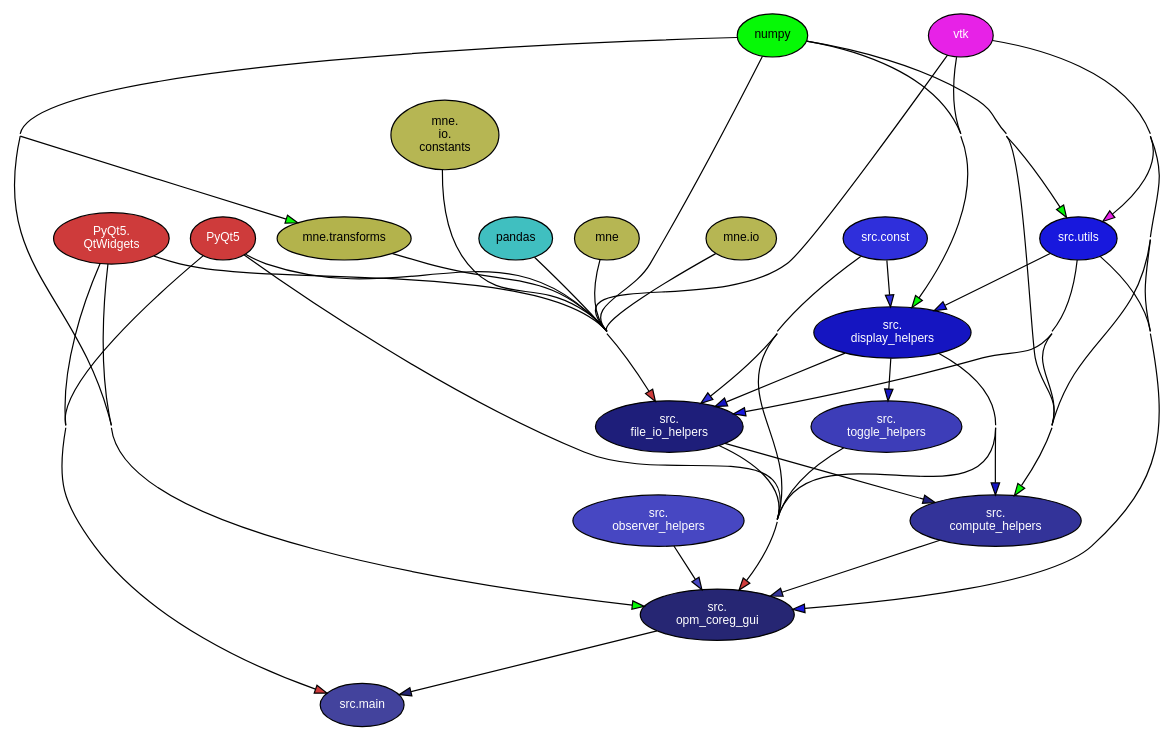
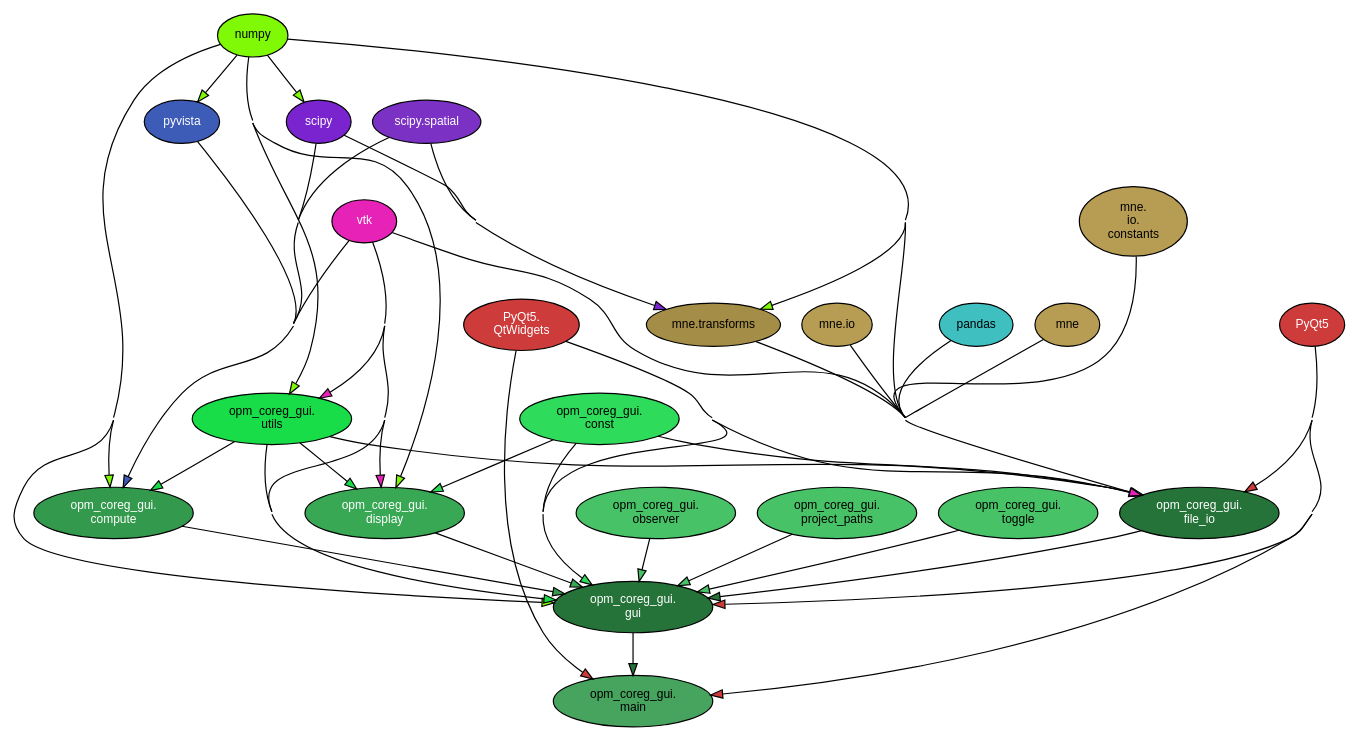
The diagram in docs/src_dependency_graph.dot (QN-lab/OPM-Coreg), drawn with Graphviz before and after one commit. The commit also changed 1 other file, not shown here.

Commit message:
generated latest dependency graph

```diff
--- a/docs/src_dependency_graph.dot
+++ b/docs/src_dependency_graph.dot
@@ -1,65 +1,73 @@
 
 digraph G {
     concentrate = true;
 
     rankdir = TB;
     node [style=filled,fillcolor="#ffffff",fontcolor="#000000",fontname=Helvetica,fontsize=10];
 
-    mne [fillcolor="#b6b653"];
-    mne_io [fillcolor="#b6b653",label="mne.io"];
-    mne_io_constants [fillcolor="#b6b653",label="mne\.\nio\.\nconstants"];
-    mne_transforms [fillcolor="#b3b34c",label="mne.transforms"];
-    numpy [fillcolor="#06f906"];
+    mne [fillcolor="#b69d53"];
+    mne_io [fillcolor="#b69d53",label="mne.io"];
+    mne_io_constants [fillcolor="#b69d53",label="mne\.\nio\.\nconstants"];
+    mne_transforms [fillcolor="#a48d46",label="mne.transforms"];
+    numpy [fillcolor="#80f906"];
+    opm_coreg_gui_compute [fillcolor="#33994c",fontcolor="#ffffff",label="opm_coreg_gui\.\ncompute"];
+    opm_coreg_gui_const [fillcolor="#2fdb5a",label="opm_coreg_gui\.\nconst"];
+    opm_coreg_gui_display [fillcolor="#38a854",fontcolor="#ffffff",label="opm_coreg_gui\.\ndisplay"];
+    opm_coreg_gui_file_io [fillcolor="#267339",fontcolor="#ffffff",label="opm_coreg_gui\.\nfile_io"];
+    opm_coreg_gui_gui [fillcolor="#267339",fontcolor="#ffffff",label="opm_coreg_gui\.\ngui"];
+    opm_coreg_gui_main [fillcolor="#46a45e",label="opm_coreg_gui\.\nmain"];
+    opm_coreg_gui_observer [fillcolor="#47c266",label="opm_coreg_gui\.\nobserver"];
+    opm_coreg_gui_project_paths [fillcolor="#47c266",label="opm_coreg_gui\.\nproject_paths"];
+    opm_coreg_gui_toggle [fillcolor="#47c266",label="opm_coreg_gui\.\ntoggle"];
+    opm_coreg_gui_utils [fillcolor="#18dd49",label="opm_coreg_gui\.\nutils"];
     pandas [fillcolor="#40bfc0"];
     PyQt5 [fillcolor="#ce3b3b",fontcolor="#ffffff"];
     PyQt5_QtWidgets [fillcolor="#ce3b3b",fontcolor="#ffffff",label="PyQt5\.\nQtWidgets"];
-    src_compute_helpers [fillcolor="#333399",fontcolor="#ffffff",label="src\.\ncompute_helpers"];
-    src_const [fillcolor="#2f2fdb",fontcolor="#ffffff",label="src.const"];
-    src_display_helpers [fillcolor="#1515c1",fontcolor="#ffffff",label="src\.\ndisplay_helpers"];
-    src_file_io_helpers [fillcolor="#1e1e7a",fontcolor="#ffffff",label="src\.\nfile_io_helpers"];
-    src_main [fillcolor="#43439d",fontcolor="#ffffff",label="src.main"];
-    src_observer_helpers [fillcolor="#4747c2",fontcolor="#ffffff",label="src\.\nobserver_helpers"];
-    src_opm_coreg_gui [fillcolor="#262673",fontcolor="#ffffff",label="src\.\nopm_coreg_gui"];
-    src_toggle_helpers [fillcolor="#3d3db8",fontcolor="#ffffff",label="src\.\ntoggle_helpers"];
-    src_utils [fillcolor="#1818dd",fontcolor="#ffffff",label="src.utils"];
-    vtk [fillcolor="#e722e7",fontcolor="#ffffff"];
-    mne -> src_file_io_helpers [fillcolor="#b6b653",minlen="2"];
-    mne_io -> src_file_io_helpers [fillcolor="#b6b653",minlen="2"];
-    mne_io_constants -> src_file_io_helpers [fillcolor="#b6b653",minlen="3"];
-    mne_transforms -> src_file_io_helpers [fillcolor="#b3b34c",minlen="2"];
-    numpy -> mne_transforms [fillcolor="#06f906",minlen="2"];
-    numpy -> src_compute_helpers [fillcolor="#06f906",minlen="2"];
-    numpy -> src_display_helpers [fillcolor="#06f906",minlen="2"];
-    numpy -> src_file_io_helpers [fillcolor="#06f906",minlen="2"];
-    numpy -> src_opm_coreg_gui [fillcolor="#06f906",minlen="2"];
-    numpy -> src_utils [fillcolor="#06f906",minlen="2"];
-    pandas -> src_file_io_helpers [fillcolor="#40bfc0",minlen="2"];
-    PyQt5 -> src_file_io_helpers [fillcolor="#ce3b3b",minlen="2"];
-    PyQt5 -> src_main [fillcolor="#ce3b3b",minlen="2"];
-    PyQt5 -> src_opm_coreg_gui [fillcolor="#ce3b3b",minlen="2"];
-    PyQt5_QtWidgets -> src_file_io_helpers [fillcolor="#ce3b3b",minlen="2"];
-    PyQt5_QtWidgets -> src_main [fillcolor="#ce3b3b",minlen="2"];
-    PyQt5_QtWidgets -> src_opm_coreg_gui [fillcolor="#ce3b3b",minlen="2"];
-    src_compute_helpers -> src_opm_coreg_gui [fillcolor="#333399"];
-    src_const -> src_display_helpers [fillcolor="#2f2fdb"];
-    src_const -> src_file_io_helpers [fillcolor="#2f2fdb"];
-    src_const -> src_opm_coreg_gui [fillcolor="#2f2fdb"];
-    src_display_helpers -> src_compute_helpers [fillcolor="#1515c1"];
-    src_display_helpers -> src_file_io_helpers [fillcolor="#1515c1"];
-    src_display_helpers -> src_opm_coreg_gui [fillcolor="#1515c1"];
-    src_display_helpers -> src_toggle_helpers [fillcolor="#1515c1"];
-    src_file_io_helpers -> src_compute_helpers [fillcolor="#1e1e7a"];
-    src_file_io_helpers -> src_opm_coreg_gui [fillcolor="#1e1e7a"];
-    src_observer_helpers -> src_opm_coreg_gui [fillcolor="#4747c2"];
-    src_opm_coreg_gui -> src_main [fillcolor="#262673"];
-    src_toggle_helpers -> src_opm_coreg_gui [fillcolor="#3d3db8"];
-    src_utils -> src_compute_helpers [fillcolor="#1818dd"];
-    src_utils -> src_display_helpers [fillcolor="#1818dd"];
-    src_utils -> src_file_io_helpers [fillcolor="#1818dd"];
-    src_utils -> src_opm_coreg_gui [fillcolor="#1818dd"];
-    vtk -> src_compute_helpers [fillcolor="#e722e7",minlen="2"];
-    vtk -> src_display_helpers [fillcolor="#e722e7",minlen="2"];
-    vtk -> src_file_io_helpers [fillcolor="#e722e7",minlen="2"];
-    vtk -> src_opm_coreg_gui [fillcolor="#e722e7",minlen="2"];
-    vtk -> src_utils [fillcolor="#e722e7",minlen="2"];
+    pyvista [fillcolor="#3d5cb8",fontcolor="#ffffff"];
+    scipy [fillcolor="#7a24d0",fontcolor="#ffffff"];
+    scipy_spatial [fillcolor="#7a31c4",fontcolor="#ffffff",label="scipy.spatial"];
+    vtk [fillcolor="#e722b6",fontcolor="#ffffff"];
+    mne -> opm_coreg_gui_file_io [fillcolor="#b69d53",minlen="2"];
+    mne_io -> opm_coreg_gui_file_io [fillcolor="#b69d53",minlen="2"];
+    mne_io_constants -> opm_coreg_gui_file_io [fillcolor="#b69d53",minlen="3"];
+    mne_transforms -> opm_coreg_gui_file_io [fillcolor="#a48d46",minlen="2"];
+    numpy -> mne_transforms [fillcolor="#80f906",minlen="2"];
+    numpy -> opm_coreg_gui_compute [fillcolor="#80f906",minlen="2"];
+    numpy -> opm_coreg_gui_display [fillcolor="#80f906",minlen="2"];
+    numpy -> opm_coreg_gui_file_io [fillcolor="#80f906",minlen="2"];
+    numpy -> opm_coreg_gui_gui [fillcolor="#80f906",minlen="2"];
+    numpy -> opm_coreg_gui_utils [fillcolor="#80f906",minlen="2"];
+    numpy -> pyvista [fillcolor="#80f906"];
+    numpy -> scipy [fillcolor="#80f906"];
+    opm_coreg_gui_compute -> opm_coreg_gui_gui [fillcolor="#33994c"];
+    opm_coreg_gui_const -> opm_coreg_gui_display [fillcolor="#2fdb5a"];
+    opm_coreg_gui_const -> opm_coreg_gui_file_io [fillcolor="#2fdb5a"];
+    opm_coreg_gui_const -> opm_coreg_gui_gui [fillcolor="#2fdb5a"];
+    opm_coreg_gui_display -> opm_coreg_gui_gui [fillcolor="#38a854"];
+    opm_coreg_gui_file_io -> opm_coreg_gui_gui [fillcolor="#267339"];
+    opm_coreg_gui_gui -> opm_coreg_gui_main [fillcolor="#267339"];
+    opm_coreg_gui_observer -> opm_coreg_gui_gui [fillcolor="#47c266"];
+    opm_coreg_gui_project_paths -> opm_coreg_gui_gui [fillcolor="#47c266"];
+    opm_coreg_gui_toggle -> opm_coreg_gui_gui [fillcolor="#47c266"];
+    opm_coreg_gui_utils -> opm_coreg_gui_compute [fillcolor="#18dd49"];
+    opm_coreg_gui_utils -> opm_coreg_gui_display [fillcolor="#18dd49"];
+    opm_coreg_gui_utils -> opm_coreg_gui_file_io [fillcolor="#18dd49"];
+    opm_coreg_gui_utils -> opm_coreg_gui_gui [fillcolor="#18dd49"];
+    pandas -> opm_coreg_gui_file_io [fillcolor="#40bfc0",minlen="2"];
+    PyQt5 -> opm_coreg_gui_file_io [fillcolor="#ce3b3b",minlen="2"];
+    PyQt5 -> opm_coreg_gui_gui [fillcolor="#ce3b3b",minlen="2"];
+    PyQt5 -> opm_coreg_gui_main [fillcolor="#ce3b3b",minlen="2"];
+    PyQt5_QtWidgets -> opm_coreg_gui_file_io [fillcolor="#ce3b3b",minlen="2"];
+    PyQt5_QtWidgets -> opm_coreg_gui_gui [fillcolor="#ce3b3b",minlen="2"];
+    PyQt5_QtWidgets -> opm_coreg_gui_main [fillcolor="#ce3b3b",minlen="2"];
+    pyvista -> opm_coreg_gui_compute [fillcolor="#3d5cb8",minlen="2"];
+    scipy -> mne_transforms [fillcolor="#7a24d0",minlen="2"];
+    scipy -> opm_coreg_gui_compute [fillcolor="#7a24d0",minlen="2"];
+    scipy_spatial -> mne_transforms [fillcolor="#7a31c4",minlen="2"];
+    scipy_spatial -> opm_coreg_gui_compute [fillcolor="#7a31c4",minlen="2"];
+    vtk -> opm_coreg_gui_compute [fillcolor="#e722b6",minlen="2"];
+    vtk -> opm_coreg_gui_display [fillcolor="#e722b6",minlen="2"];
+    vtk -> opm_coreg_gui_file_io [fillcolor="#e722b6",minlen="2"];
+    vtk -> opm_coreg_gui_gui [fillcolor="#e722b6",minlen="2"];
+    vtk -> opm_coreg_gui_utils [fillcolor="#e722b6",minlen="2"];
 }
```
